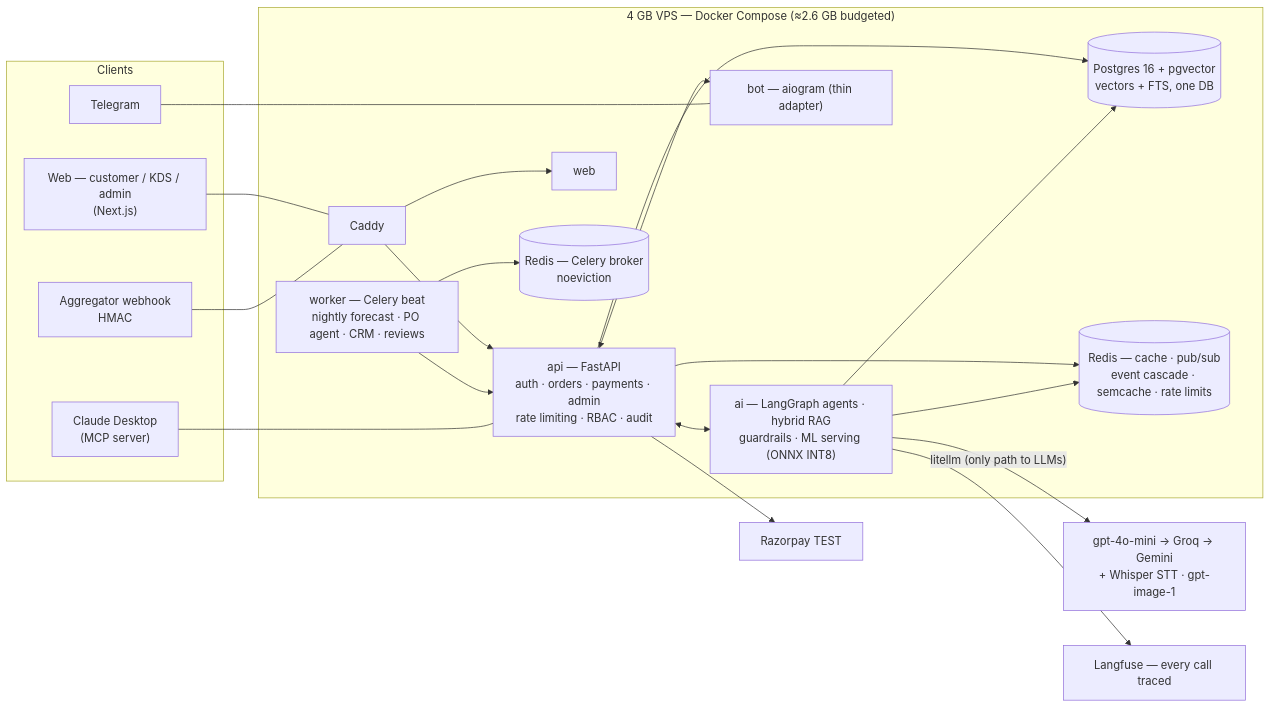
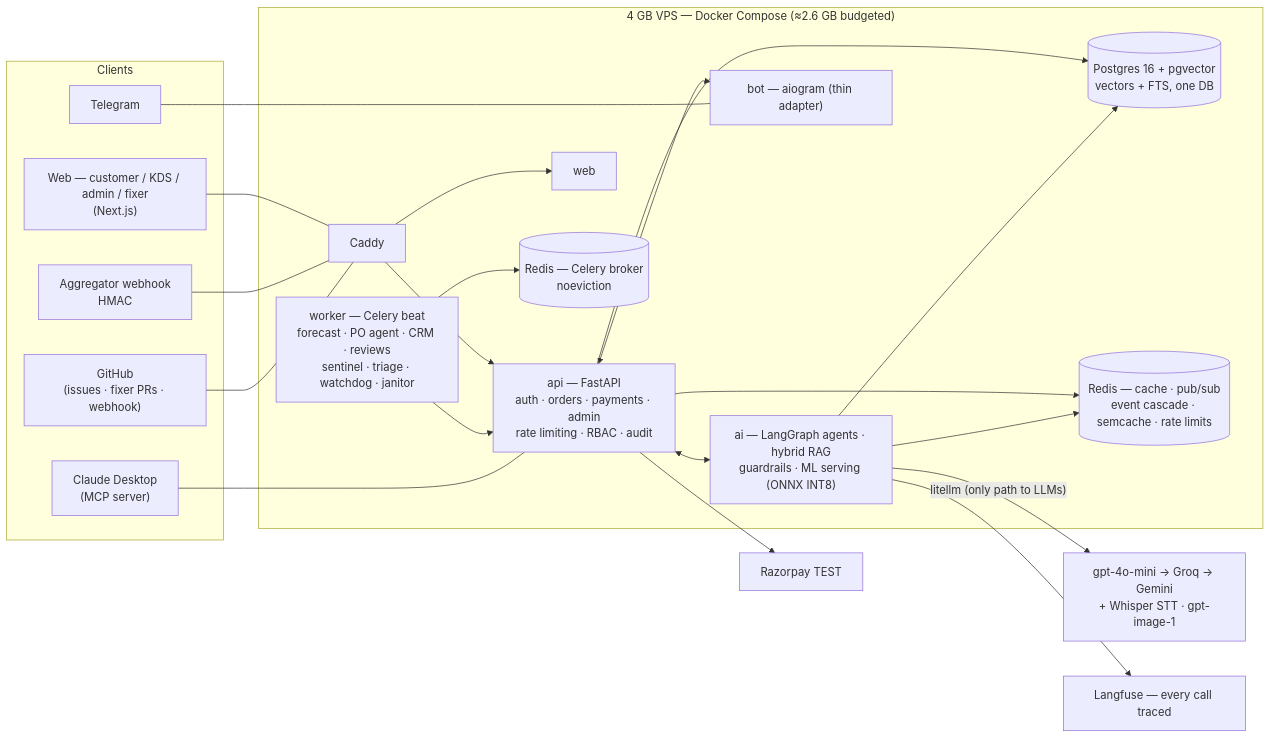
The first of 2 diagrams in README.md (venkathub/dosadash), drawn with Mermaid before and after one commit. The commit also changed other lines of this file and 10 other files, not shown here.

````diff
--- a/README.md
+++ b/README.md
@@ -11,30 +11,32 @@
 ```mermaid
 flowchart LR
   subgraph clients [Clients]
-    W["Web — customer / KDS / admin<br/>(Next.js)"]
+    W["Web — customer / KDS / admin / fixer<br/>(Next.js)"]
     TG[Telegram]
     CD["Claude Desktop<br/>(MCP server)"]
     AGG[Aggregator webhook<br/>HMAC]
+    GH["GitHub<br/>(issues · fixer PRs · webhook)"]
   end
 
   subgraph vps ["4 GB VPS — Docker Compose (≈2.6 GB budgeted)"]
     CADDY[Caddy] --> API["api — FastAPI<br/>auth · orders · payments · admin<br/>rate limiting · RBAC · audit"]
     CADDY --> WEB[web]
     API <--> AI["ai — LangGraph agents · hybrid RAG<br/>guardrails · ML serving (ONNX INT8)"]
     API <--> BOT["bot — aiogram (thin adapter)"]
-    WORKER["worker — Celery beat<br/>nightly forecast · PO agent · CRM · reviews"] --> API
+    WORKER["worker — Celery beat<br/>forecast · PO agent · CRM · reviews<br/>sentinel · triage · watchdog · janitor"] --> API
     API --> PG[("Postgres 16 + pgvector<br/>vectors + FTS, one DB")]
     API --> REDIS[("Redis — cache · pub/sub<br/>event cascade · semcache · rate limits")]
     WORKER --> RC[("Redis — Celery broker<br/>noeviction")]
     AI --> PG
     AI --> REDIS
   end
 
   AI -- "litellm (only path to LLMs)" --> CHAIN["gpt-4o-mini → Groq → Gemini<br/>+ Whisper STT · gpt-image-1"]
   AI --> LF[Langfuse — every call traced]
   API --> RZP[Razorpay TEST]
   W --- CADDY
   TG --- BOT
   CD --- API
   AGG --- CADDY
+  GH --- CADDY
 ```
````
